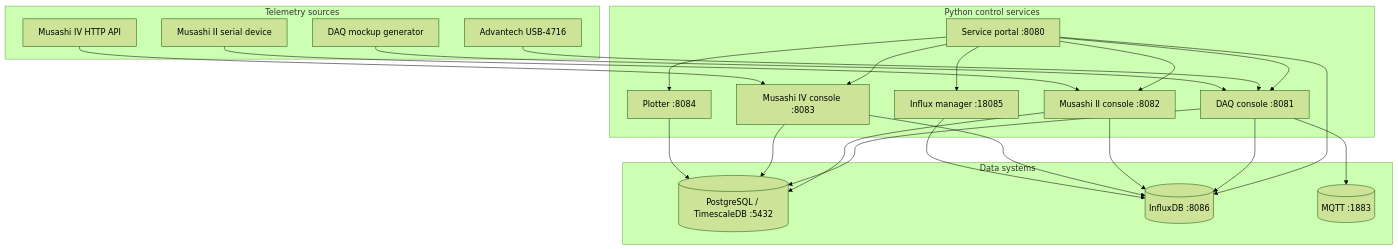
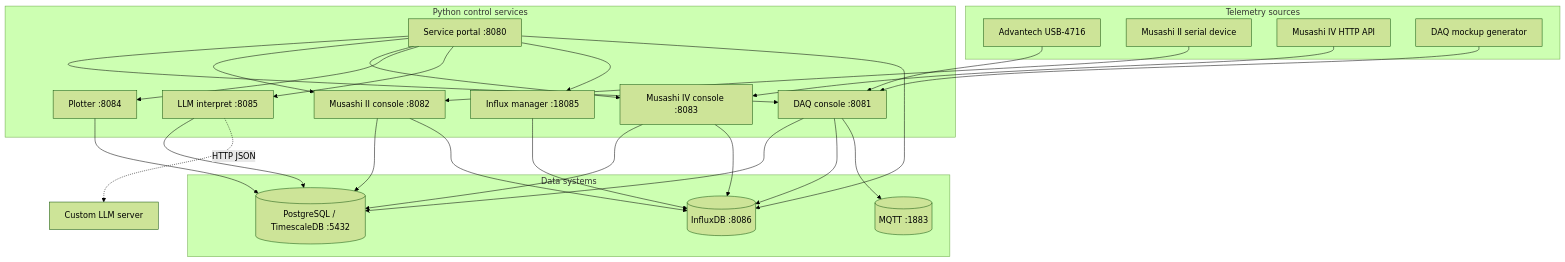
The diagram in docs/ARCHITECTURE.md (Faiisu/MDDP-machine-ingest), drawn with Mermaid (forest theme) before and after one commit. The commit also changed other lines of this file and 46 other files, not shown here.

````diff
--- a/docs/ARCHITECTURE.md
+++ b/docs/ARCHITECTURE.md
@@ -7,44 +7,48 @@
 ```mermaid
 flowchart TB
     subgraph Devices[Telemetry sources]
         USB[Advantech USB-4716]
         M2[Musashi II serial device]
         M4[Musashi IV HTTP API]
         MOCK[DAQ mockup generator]
     end
 
     subgraph Control[Python control services]
         PORTAL[Service portal :8080]
         DAQ[DAQ console :8081]
         S2[Musashi II console :8082]
         S4[Musashi IV console :8083]
         PLOT[Plotter :8084]
+        LLM[LLM interpret :8085]
         IM[Influx manager :18085]
     end
 
     subgraph Data[Data systems]
         PG[(PostgreSQL / TimescaleDB :5432)]
         IN[(InfluxDB :8086)]
         MQ[(MQTT :1883)]
     end
 
     PORTAL --> DAQ
     PORTAL --> S2
     PORTAL --> S4
     PORTAL --> PLOT
+    PORTAL --> LLM
     PORTAL --> IM
     PORTAL --> IN
     USB --> DAQ
     MOCK --> DAQ
     M2 --> S2
     M4 --> S4
     DAQ --> PG
     DAQ --> IN
     DAQ --> MQ
     S2 --> PG
     S2 --> IN
     S4 --> PG
     S4 --> IN
     PLOT --> PG
+    LLM --> PG
+    LLM -.->|HTTP JSON| MODEL[Custom LLM server]
     IM --> IN
 ```
````
